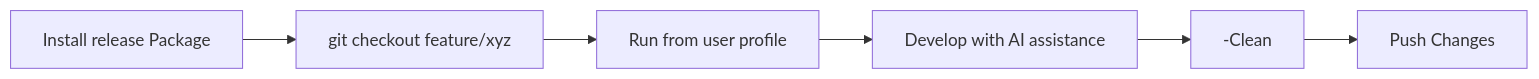
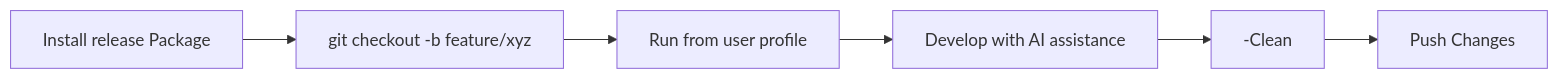
One commit to WodansSon/terraform-azurerm-ai-assisted-development changed the first of 2 diagrams in installer/README.md. Above: the diagram before and after it, drawn with Mermaid. The commit also changed other lines of this file and 31 other files, not shown here.

````diff
--- a/installer/README.md
+++ b/installer/README.md
@@ -606,8 +637,8 @@
 ```mermaid
 graph LR
-    A[Install release Package] --> B[git checkout feature/xyz]
+  A[Install release Package] --> B[git checkout -b feature/xyz]
     B --> C[Run from user profile]
     C --> D[Develop with AI assistance]
     D --> E[-Clean]
     E --> F[Push Changes]
 ```
````
